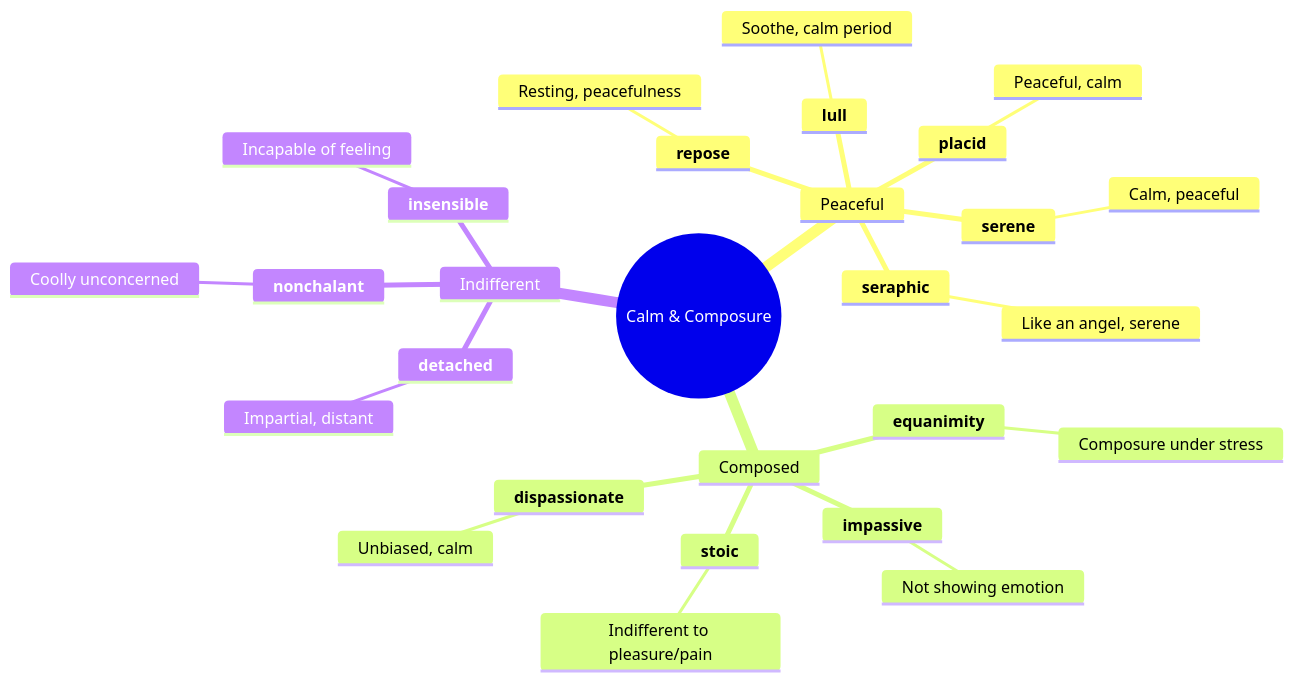
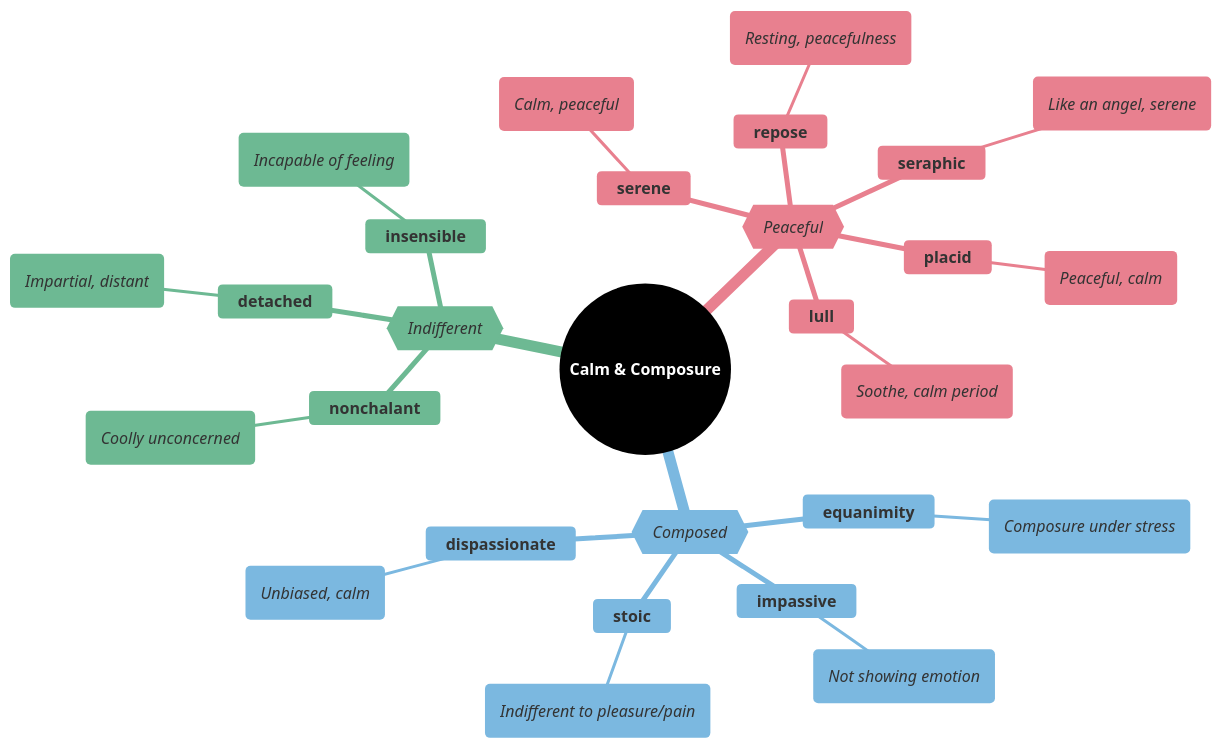
The sixth of 9 diagrams in mindmaps/07-emotion-and-feeling.md (95anantsingh/gre-preparation), drawn with Mermaid before and after one commit. The commit also changed other lines of this file and 14 other files, not shown here.

````diff
--- a/mindmaps/07-emotion-and-feeling.md
+++ b/mindmaps/07-emotion-and-feeling.md
@@ -196,31 +336,50 @@
 ```mermaid
+%%{
+  init: {
+    "theme": "base",
+    "themeVariables": {
+      "primaryColor": "#000000",
+      "cScale1": "#e8808f",  "cScaleInv1": "#a33445",
+      "cScale2": "#7bb8e0",  "cScaleInv2": "#266a93",
+      "cScale3": "#6db993",  "cScaleInv3": "#23543f",
+      "cScale4": "#f5d07a",  "cScaleInv4": "#c4903b",
+      "cScale5": "#b08fcc",  "cScaleInv5": "#5d3b75",
+      "cScale6": "#74dace",  "cScaleInv6": "#217d72",
+      "cScale7": "#f09570",  "cScaleInv7": "#b84112",
+      "cScale8": "#8ea8c2",  "cScaleInv8": "#32465e",
+      "cScale9": "#cc7fba",  "cScaleInv9": "#7d2868",
+      "cScale10": "#c99a78", "cScaleInv10": "#7c4e32",
+      "cScale11": "#a3a3a3", "cScaleInv11": "#3d3d3d"
+    }
+  }
+}%%
 mindmap
-  root((Calm & Composure))
-    Peaceful
+  root((<font color=white>**Calm & Composure**</font>))
+    {{_Peaceful_}}
       **placid**
-        Peaceful, calm
+        (_Peaceful, calm_)
       **serene**
-        Calm, peaceful
+        (_Calm, peaceful_)
       **seraphic**
-        Like an angel, serene
+        (_Like an angel, serene_)
       **lull**
-        Soothe, calm period
+        (_Soothe, calm period_)
       **repose**
-        Resting, peacefulness
-    Composed
+        (_Resting, peacefulness_)
+    {{_Composed_}}
       **equanimity**
-        Composure under stress
+        (_Composure under stress_)
       **impassive**
-        Not showing emotion
+        (_Not showing emotion_)
       **dispassionate**
-        Unbiased, calm
+        (_Unbiased, calm_)
       **stoic**
-        Indifferent to pleasure/pain
-    Indifferent
+        (_Indifferent to pleasure/pain_)
+    {{_Indifferent_}}
       **nonchalant**
-        Coolly unconcerned
+        (_Coolly unconcerned_)
       **detached**
-        Impartial, distant
+        (_Impartial, distant_)
       **insensible**
-        Incapable of feeling
+        (_Incapable of feeling_)
 ```
````
